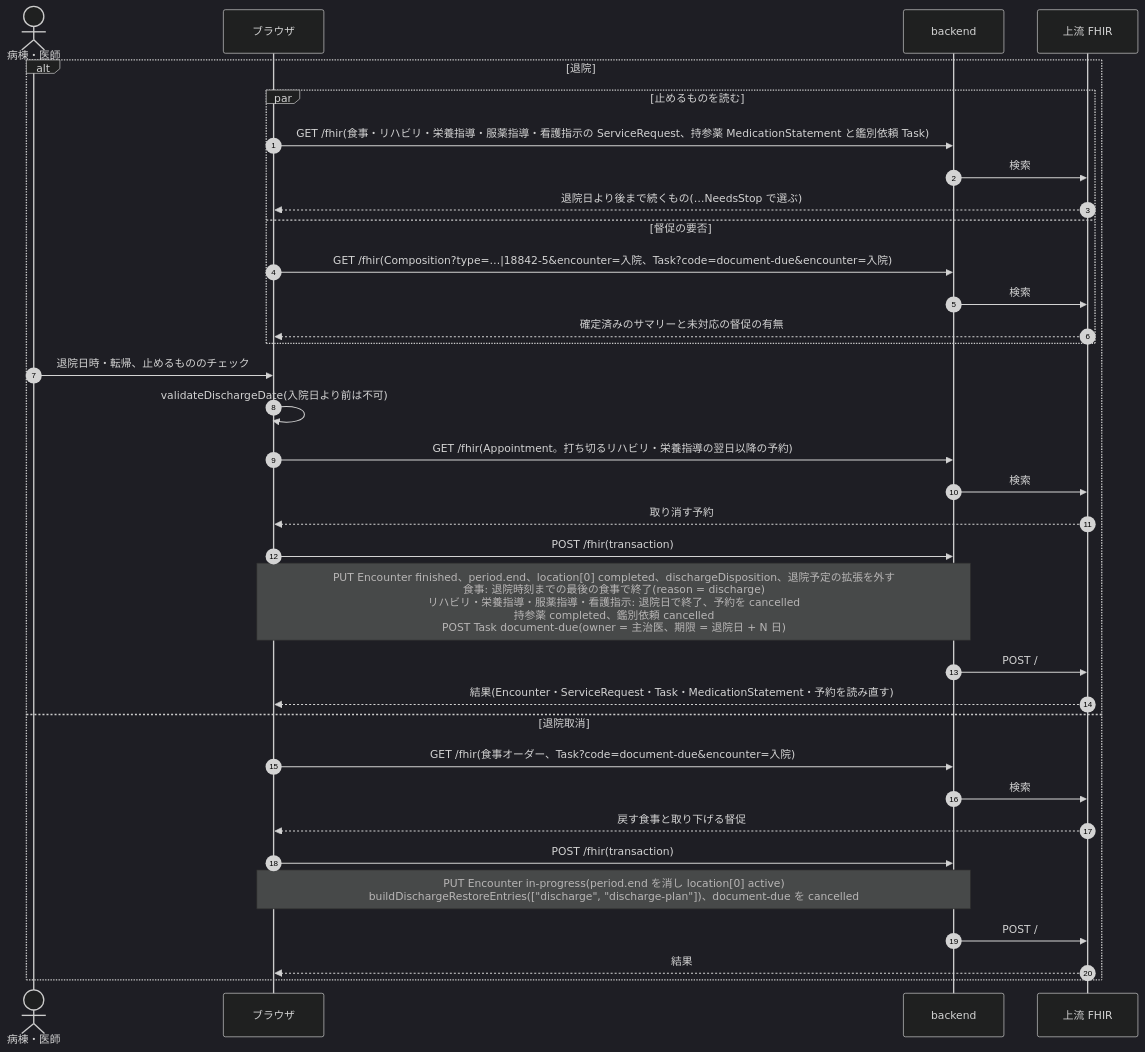
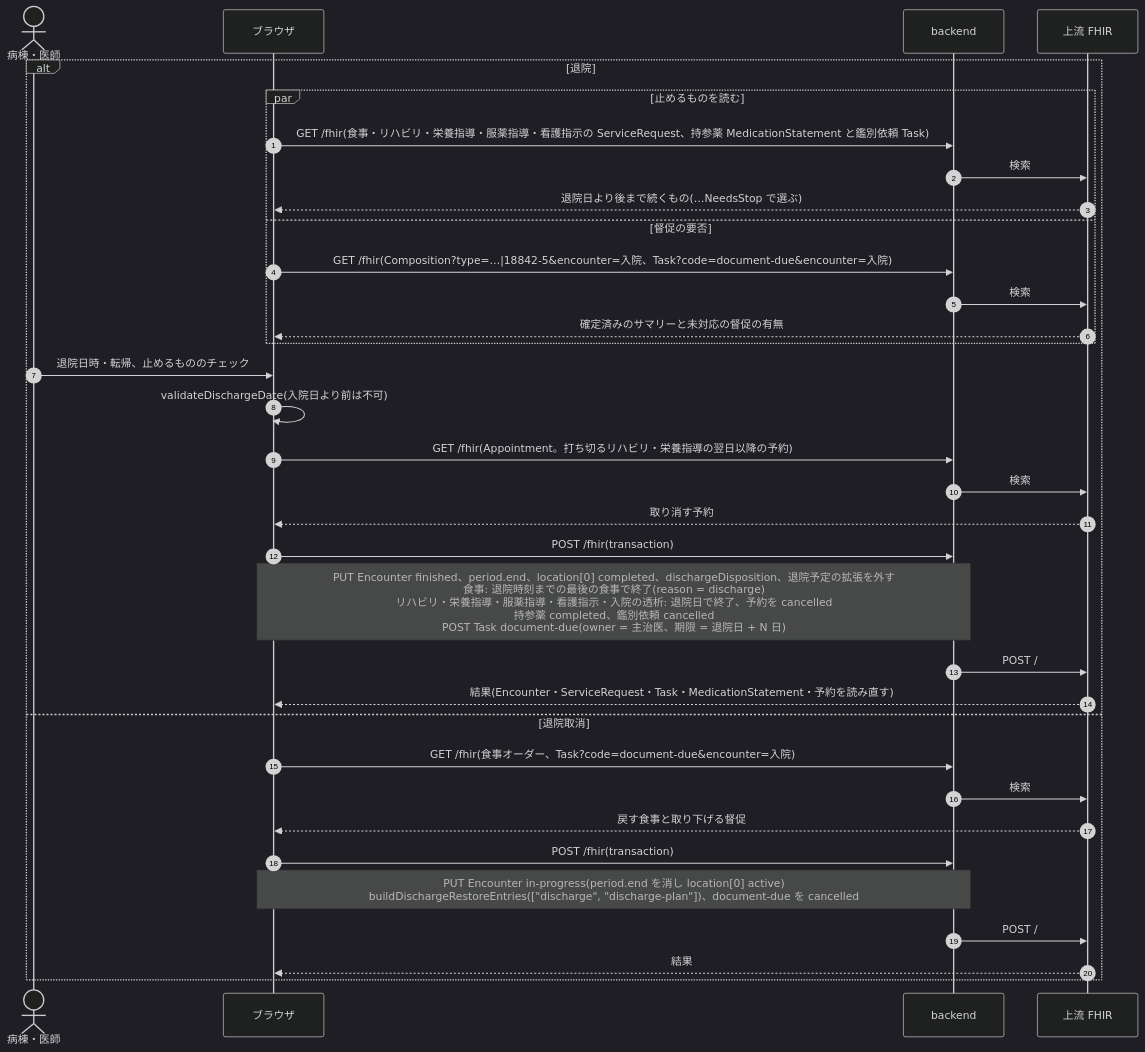
One commit to ysnr-dev/fhir-client changed the ninth of 9 diagrams in docs/order-flows/admission-discharge.md. Above: the diagram before and after it, drawn with Mermaid (dark theme). The commit also changed other lines of this file and 31 other files, not shown here.

````diff
--- a/docs/order-flows/admission-discharge.md
+++ b/docs/order-flows/admission-discharge.md
@@ -463,37 +464,37 @@
 ```mermaid
 sequenceDiagram
   autonumber
   actor Ns as 病棟・医師
   participant UI as ブラウザ
   participant BE as backend
   participant FHIR as 上流 FHIR
 
   alt 退院
     par 止めるものを読む
       UI->>BE: GET /fhir(食事・リハビリ・栄養指導・服薬指導・看護指示の ServiceRequest、持参薬 MedicationStatement と鑑別依頼 Task)
       BE->>FHIR: 検索
       FHIR-->>UI: 退院日より後まで続くもの(…NeedsStop で選ぶ)
     and 督促の要否
       UI->>BE: GET /fhir(Composition?type=…|18842-5&encounter=入院、Task?code=document-due&encounter=入院)
       BE->>FHIR: 検索
       FHIR-->>UI: 確定済みのサマリーと未対応の督促の有無
     end
     Ns->>UI: 退院日時・転帰、止めるもののチェック
     UI->>UI: validateDischargeDate(入院日より前は不可)
     UI->>BE: GET /fhir(Appointment。打ち切るリハビリ・栄養指導の翌日以降の予約)
     BE->>FHIR: 検索
     FHIR-->>UI: 取り消す予約
     UI->>BE: POST /fhir(transaction)
-    Note over UI,BE: PUT Encounter finished、period.end、location[0] completed、dischargeDisposition、退院予定の拡張を外す<br/>食事: 退院時刻までの最後の食事で終了(reason = discharge)<br/>リハビリ・栄養指導・服薬指導・看護指示: 退院日で終了、予約を cancelled<br/>持参薬 completed、鑑別依頼 cancelled<br/>POST Task document-due(owner = 主治医、期限 = 退院日 + N 日)
+    Note over UI,BE: PUT Encounter finished、period.end、location[0] completed、dischargeDisposition、退院予定の拡張を外す<br/>食事: 退院時刻までの最後の食事で終了(reason = discharge)<br/>リハビリ・栄養指導・服薬指導・看護指示・入院の透析: 退院日で終了、予約を cancelled<br/>持参薬 completed、鑑別依頼 cancelled<br/>POST Task document-due(owner = 主治医、期限 = 退院日 + N 日)
     BE->>FHIR: POST /
     FHIR-->>UI: 結果(Encounter・ServiceRequest・Task・MedicationStatement・予約を読み直す)
   else 退院取消
     UI->>BE: GET /fhir(食事オーダー、Task?code=document-due&encounter=入院)
     BE->>FHIR: 検索
     FHIR-->>UI: 戻す食事と取り下げる督促
     UI->>BE: POST /fhir(transaction)
     Note over UI,BE: PUT Encounter in-progress(period.end を消し location[0] active)<br/>buildDischargeRestoreEntries(["discharge", "discharge-plan"])、document-due を cancelled
     BE->>FHIR: POST /
     FHIR-->>UI: 結果
   end
 ```
````
